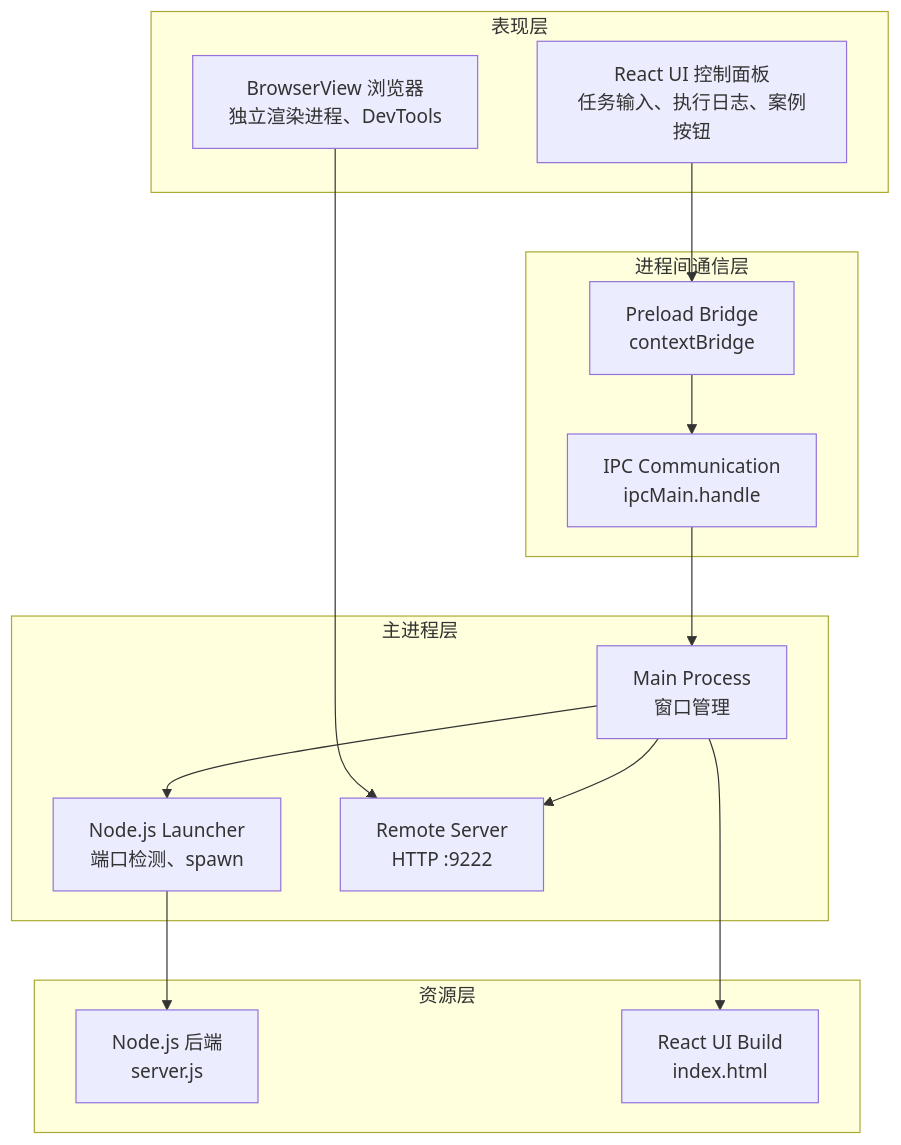
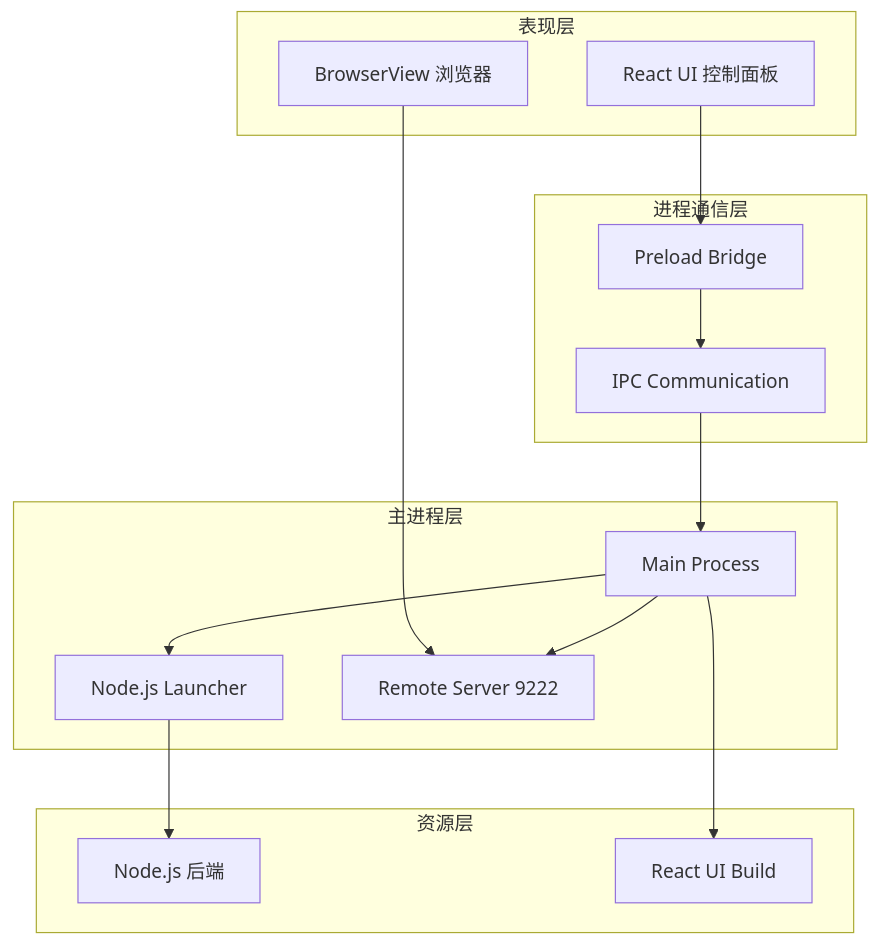
Before and after one commit to 1018053166/ReActAgentDemo: the second of 4 diagrams in README.md, drawn with Mermaid. The commit also changed other lines of this file and 1 other file, not shown here.

Commit message:
fix: 简化 Mermaid 图表，移除 br 标签和复杂语法

````diff
--- a/README.md
+++ b/README.md
@@ -50,32 +48,28 @@
 ```mermaid
 graph TD
-    subgraph UI["表现层"]
-        A["React UI 控制面板<br/>任务输入、执行日志、案例按钮"]
-        B["BrowserView 浏览器<br/>独立渲染进程、DevTools"]
+    subgraph UI[表现层]
+        A[React UI 控制面板]
+        B[BrowserView 浏览器]
     end
-    
-    subgraph IPC["进程间通信层"]
-        C["IPC Communication<br/>ipcMain.handle"]
-        D["Preload Bridge<br/>contextBridge"]
+    subgraph IPC[进程通信层]
+        C[IPC Communication]
+        D[Preload Bridge]
     end
-    
-    subgraph Main["主进程层"]
-        E["Main Process<br/>窗口管理"]
-        F["Node.js Launcher<br/>端口检测、spawn"]
-        G["Remote Server<br/>HTTP :9222"]
+    subgraph Main[主进程层]
+        E[Main Process]
+        F[Node.js Launcher]
+        G[Remote Server 9222]
     end
-    
-    subgraph Resources["资源层"]
-        H["Node.js 后端<br/>server.js"]
-        I["React UI Build<br/>index.html"]
+    subgraph Resources[资源层]
+        H[Node.js 后端]
+        I[React UI Build]
     end
-    
     A --> D
     B --> G
     D --> C
     C --> E
     E --> F
     E --> G
     F --> H
     E --> I
 ```
````
